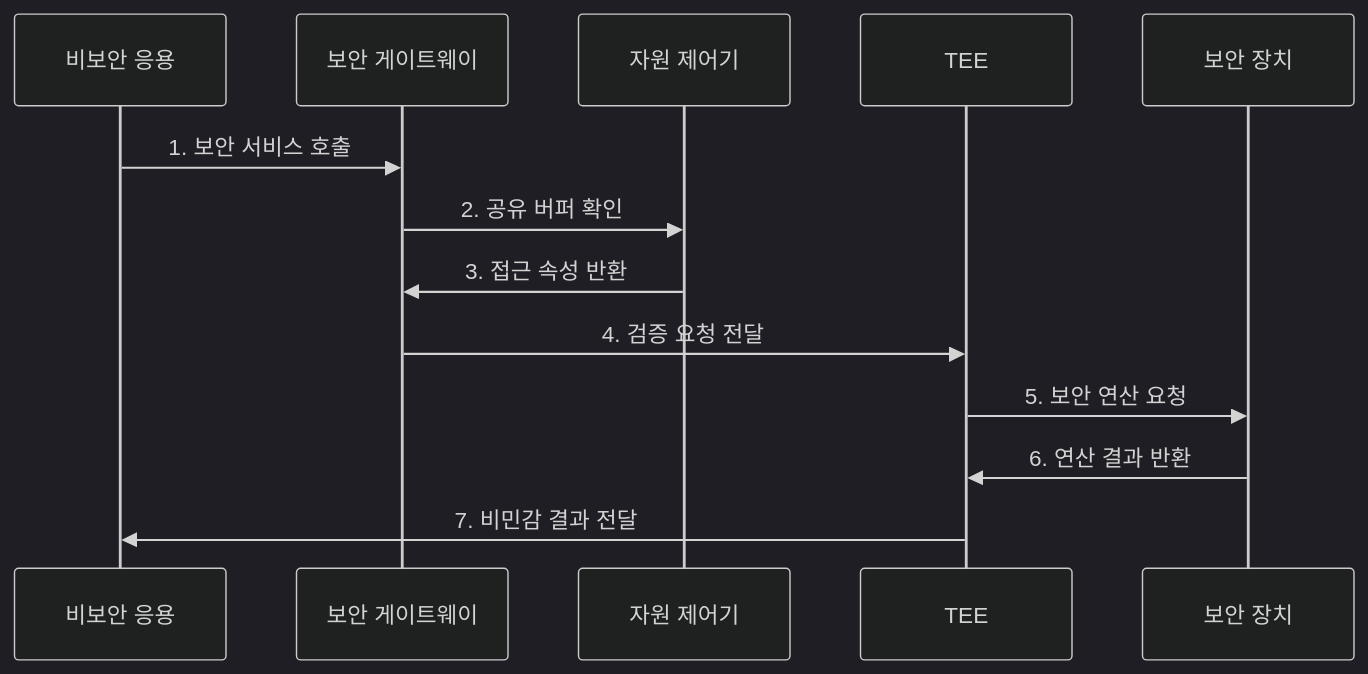
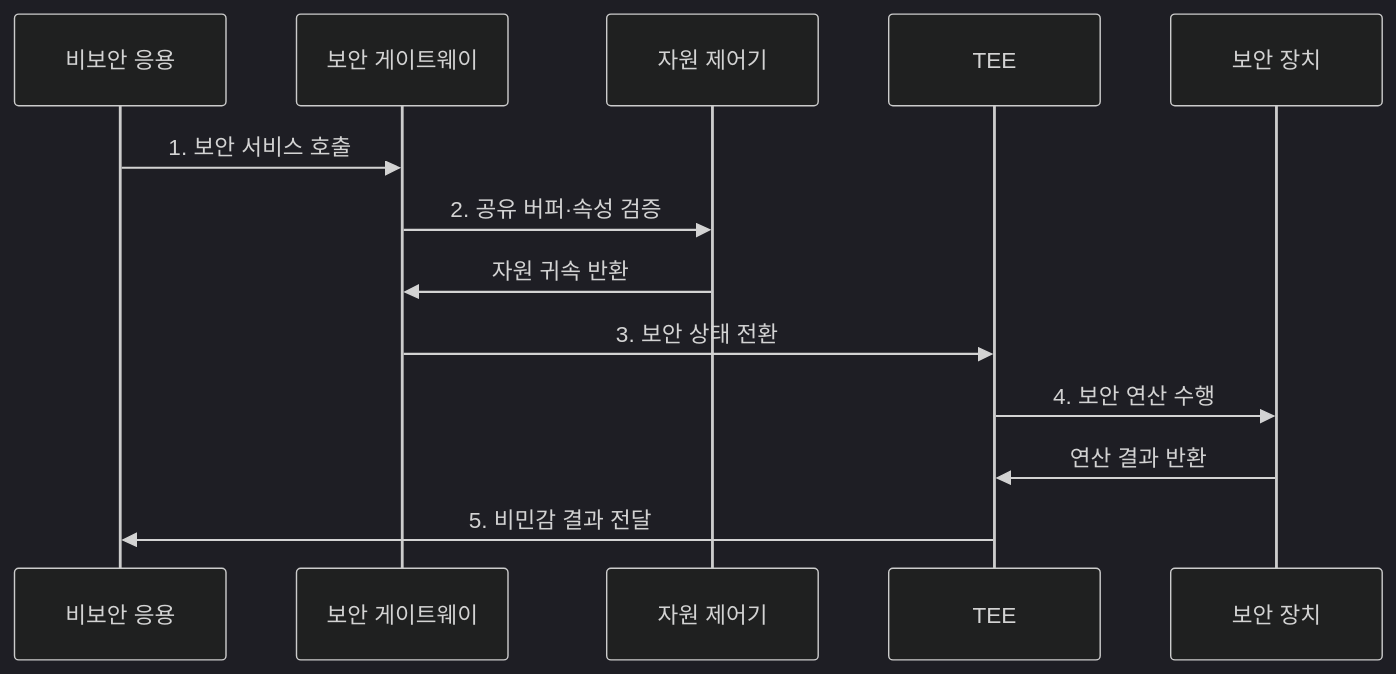
Before and after one commit to agnusdei1207/knowledge-base: the second of 2 diagrams in src/content/docs/notes/02-hardware/064_arm_trustzone.md, drawn with Mermaid (dark theme). The commit also changed other lines of this file and 86 other files, not shown here.

````diff
--- a/src/content/docs/notes/02-hardware/064_arm_trustzone.md
+++ b/src/content/docs/notes/02-hardware/064_arm_trustzone.md
@@ -85,16 +85,16 @@
 ```mermaid
 sequenceDiagram
     participant N as 비보안 응용
     participant G as 보안 게이트웨이
     participant A as 자원 제어기
     participant T as TEE
     participant P as 보안 장치
 
     N->>G: 1. 보안 서비스 호출
-    G->>A: 2. 공유 버퍼 확인
-    A->>G: 3. 접근 속성 반환
-    G->>T: 4. 검증 요청 전달
-    T->>P: 5. 보안 연산 요청
-    P->>T: 6. 연산 결과 반환
-    T->>N: 7. 비민감 결과 전달
+    G->>A: 2. 공유 버퍼·속성 검증
+    A->>G: 자원 귀속 반환
+    G->>T: 3. 보안 상태 전환
+    T->>P: 4. 보안 연산 수행
+    P->>T: 연산 결과 반환
+    T->>N: 5. 비민감 결과 전달
 ```
````
